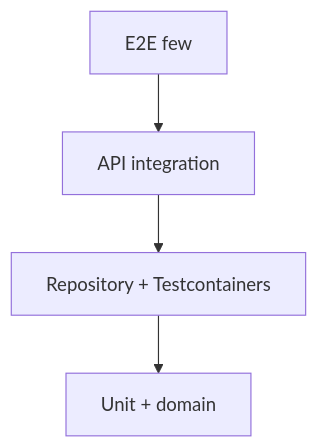
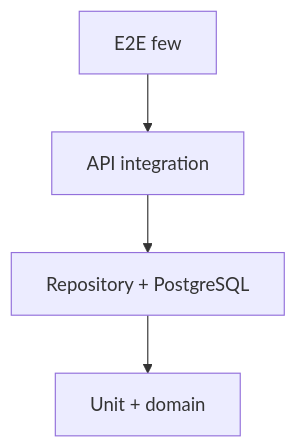
Before and after one commit to fdeniz07/RealEstateBackend: the diagram in docs/04-development/TEST_STRATEGY.md, drawn with Mermaid. The commit also changed other lines of this file and 33 other files, not shown here.

Commit message:
docs(architecture): consolidate architecture documentation baseline

````diff
--- a/docs/04-development/TEST_STRATEGY.md
+++ b/docs/04-development/TEST_STRATEGY.md
@@ -17,8 +29,8 @@
 ```mermaid
 flowchart TB
   E2E[E2E few]
   API[API integration]
-  REPO[Repository + Testcontainers]
+  REPO[Repository + PostgreSQL]
   UNIT[Unit + domain]
   E2E --> API --> REPO --> UNIT
 ```
````
